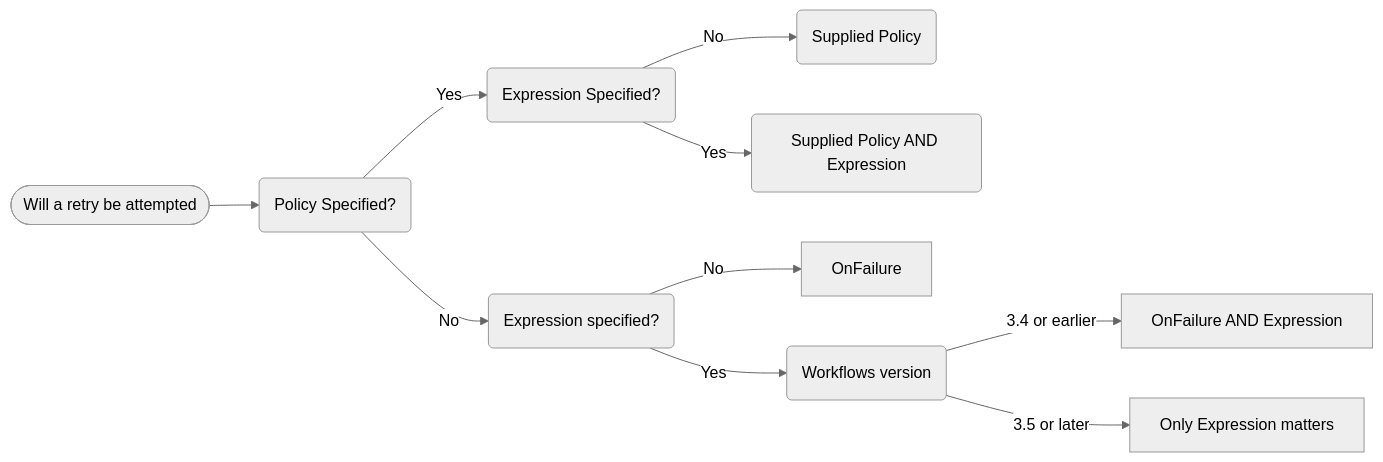
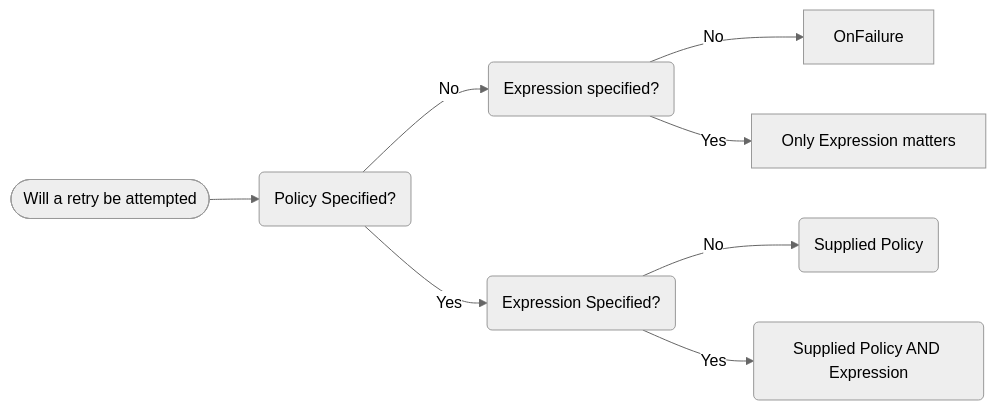
The diagram in modules/argo-workflows/docs/retries.md (365614269/CNCF-Graduated), drawn with Mermaid (neutral theme) before and after one commit. The commit also changed other lines of this file and 405 other files, not shown here.

````diff
--- a/modules/argo-workflows/docs/retries.md
+++ b/modules/argo-workflows/docs/retries.md
@@ -44,22 +45,18 @@
 ```mermaid
 flowchart LR
   start([Will a retry be attempted])
   start --> policy
   policy(Policy Specified?)
   policy-->|No|expressionNoPolicy
   policy-->|Yes|policyGiven
   policyGiven(Expression Specified?)
   policyGiven-->|No|policyGivenApplies
   policyGiven-->|Yes|policyAndExpression
   policyGivenApplies(Supplied Policy)
   policyAndExpression(Supplied Policy AND Expression)
   expressionNoPolicy(Expression specified?)
   expressionNoPolicy-->|No|onfailureNoExpr
-  expressionNoPolicy-->|Yes|version
+  expressionNoPolicy-->|Yes|always
   onfailureNoExpr[OnFailure]
-  onfailure[OnFailure AND Expression]
-  version(Workflows version)
-  version-->|3.4 or earlier|onfailure
   always[Only Expression matters]
-  version-->|3.5 or later|always
 ```
````
